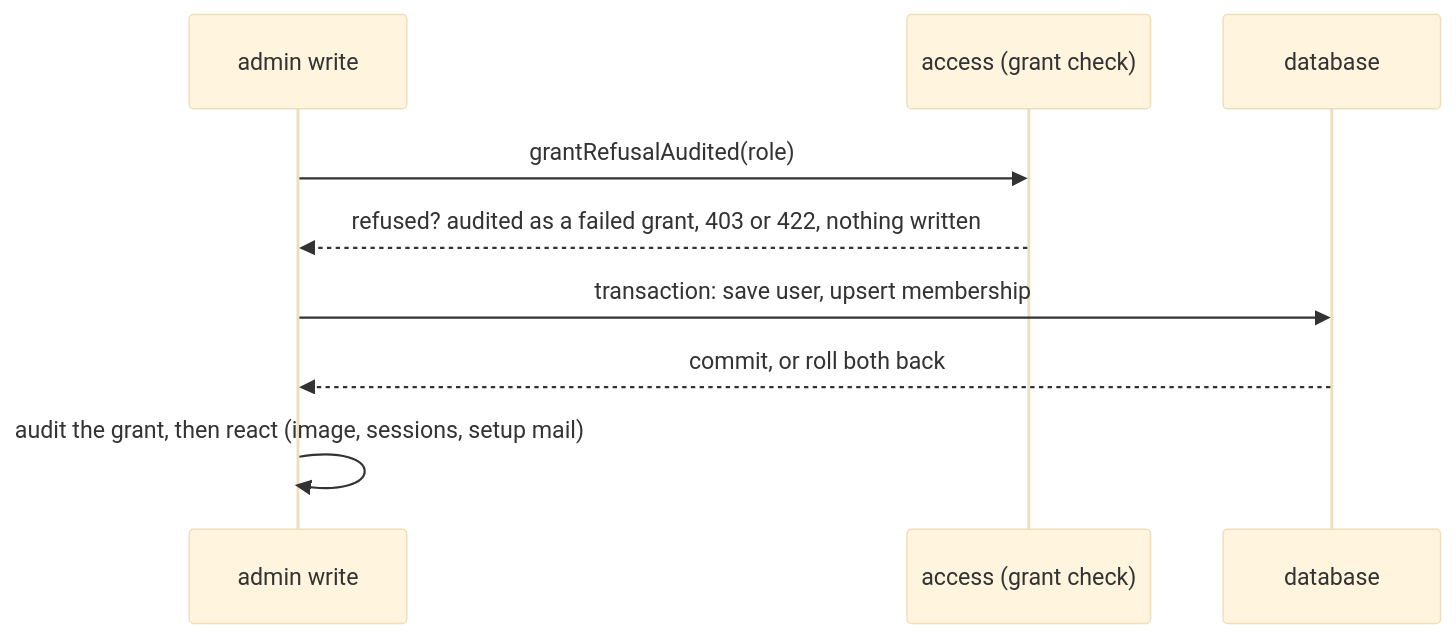
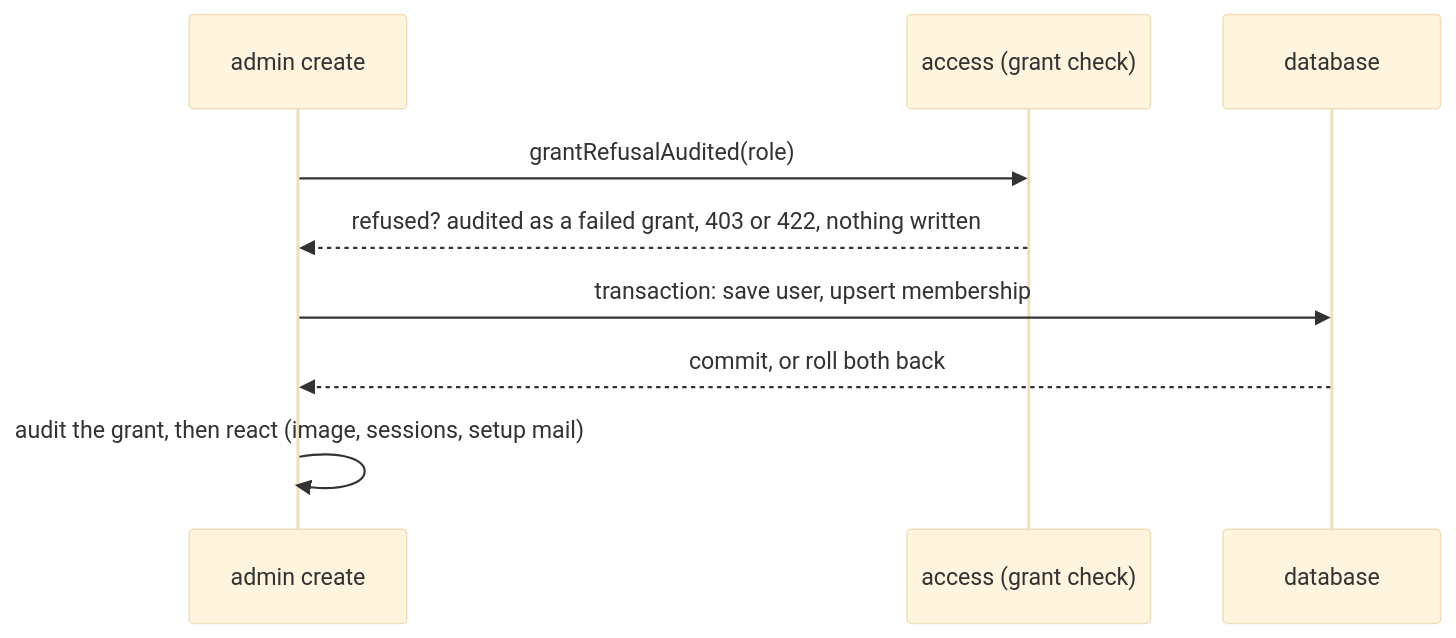
Before and after one commit to Guebbit/boilerplate-node-backend: the second of 3 diagrams in docs/modules/users.md, drawn with Mermaid (base theme). The commit also changed other lines of this file and 38 other files, not shown here.

````diff
--- a/docs/modules/users.md
+++ b/docs/modules/users.md
@@ -125,11 +124,11 @@
 ```mermaid
 sequenceDiagram
-    participant A as admin write
+    participant A as admin create
     participant X as access (grant check)
     participant D as database
     A->>X: grantRefusalAudited(role)
     X-->>A: refused? audited as a failed grant, 403 or 422, nothing written
     A->>D: transaction: save user, upsert membership
     D-->>A: commit, or roll both back
     A->>A: audit the grant, then react (image, sessions, setup mail)
 ```
````
